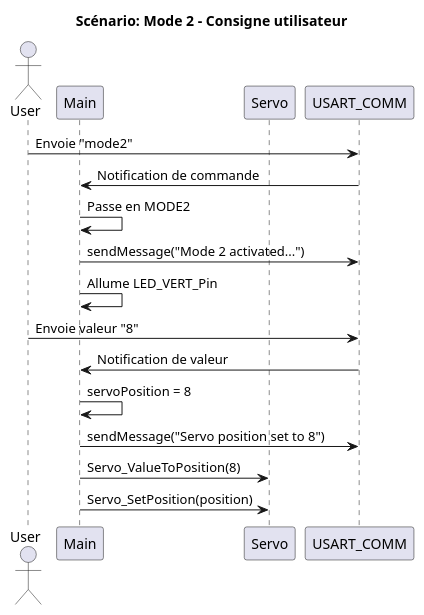
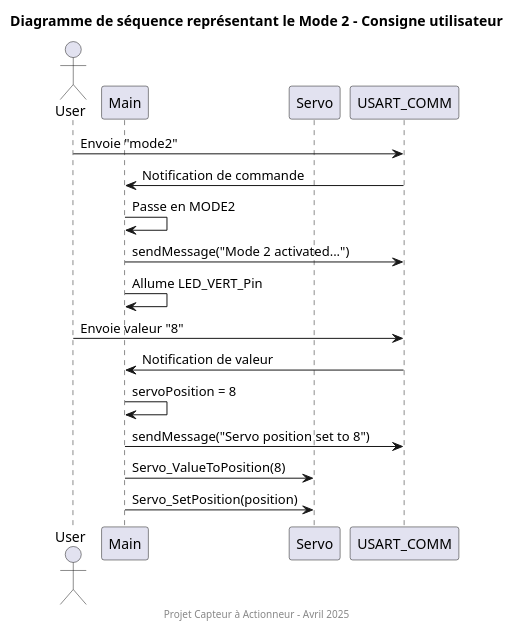
Before and after one commit to AzTaiiyoo/Capteur_actionneur: the diagram in doc-README/DS-Mode2Scenario.puml, drawn with PlantUML. The commit also changed 15 other files, not shown here.

```diff
--- a/doc-README/DS-Mode2Scenario.puml
+++ b/doc-README/DS-Mode2Scenario.puml
@@ -1,22 +1,24 @@
 @startuml
 ' Participants (modules)
 actor "User" as User
 participant "Main" as Main
 participant "Servo" as Servo
 participant "USART_COMM" as USART
-
-title Scénario: Mode 2 - Consigne utilisateur
 
 User -> USART: Envoie "mode2"
 USART -> Main: Notification de commande
 Main -> Main: Passe en MODE2
 Main -> USART: sendMessage("Mode 2 activated...")
 Main -> Main: Allume LED_VERT_Pin
 
 User -> USART: Envoie valeur "8"
 USART -> Main: Notification de valeur
 Main -> Main: servoPosition = 8
 Main -> USART: sendMessage("Servo position set to 8")
 Main -> Servo: Servo_ValueToPosition(8)
 Main -> Servo: Servo_SetPosition(position)
+
+title Diagramme de séquence représentant le Mode 2 - Consigne utilisateur
+footer Projet Capteur à Actionneur – Avril 2025
+
 @enduml
```
